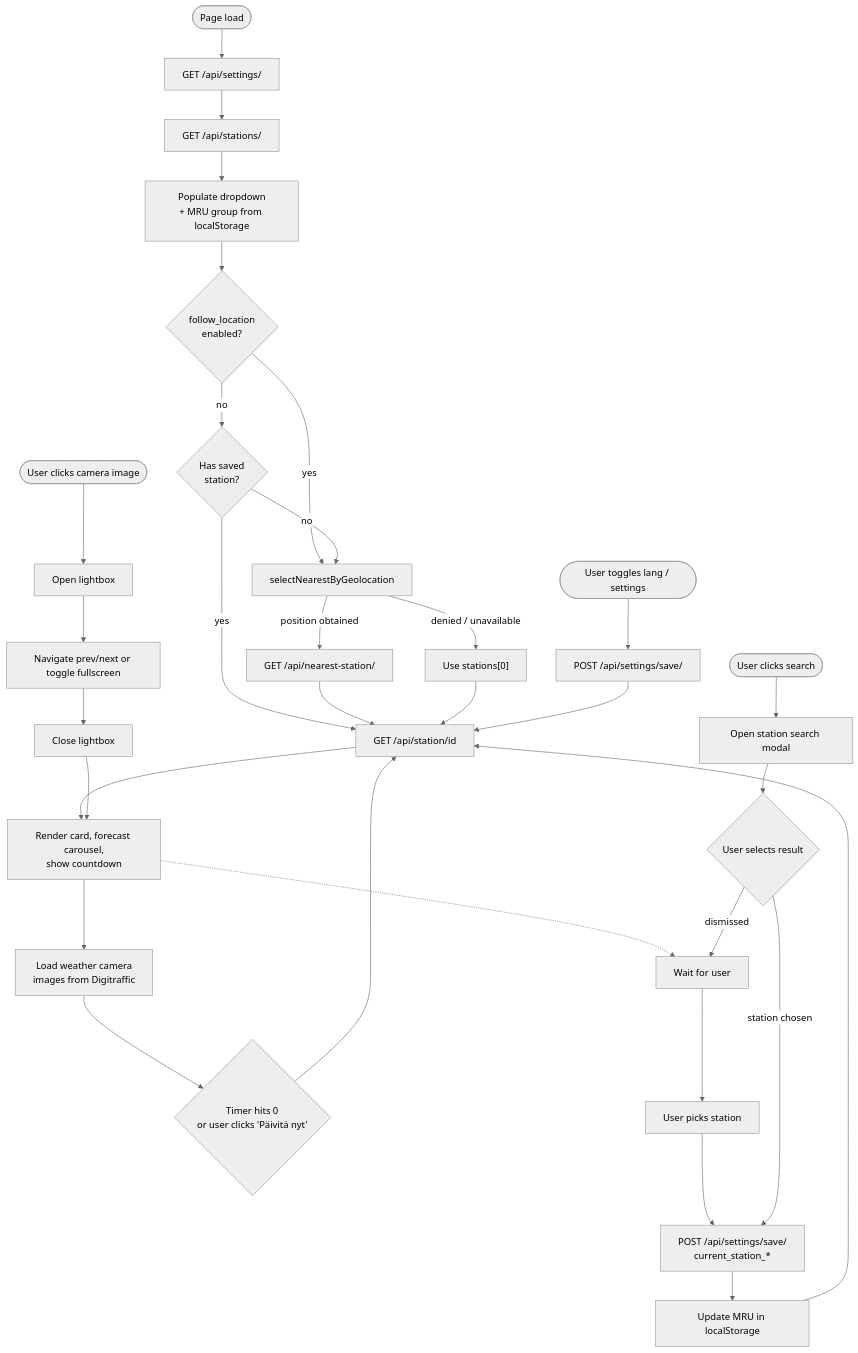
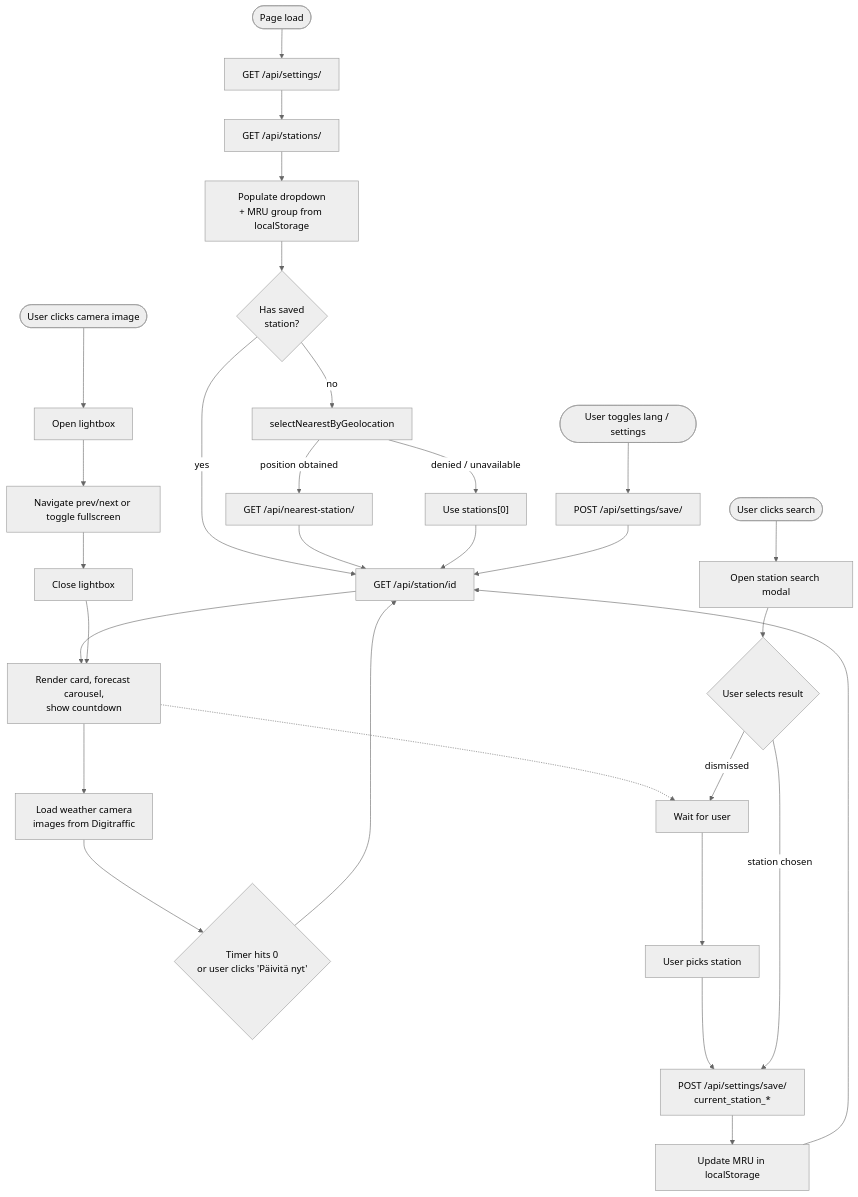
Before and after one commit to jjankkil/weatherview-django: the eighth of 9 diagrams in docs/ARCHITECTURE.md, drawn with Mermaid (neutral theme). The commit also changed other lines of this file and 16 other files, not shown here.

First line of the commit message:
feat: add locate button to select nearest station on demand

````diff
--- a/docs/ARCHITECTURE.md
+++ b/docs/ARCHITECTURE.md
@@ -432,34 +431,32 @@
 ```mermaid
 flowchart TD
     A([Page load]) --> B[GET /api/settings/]
     B --> C[GET /api/stations/]
     C --> D[Populate dropdown<br/>+ MRU group from localStorage]
-    D --> E{follow_location<br/>enabled?}
-    E -->|yes| GEO[selectNearestByGeolocation]
-    E -->|no| E2{Has saved<br/>station?}
+    D --> E2{Has saved<br/>station?}
     E2 -->|yes| F[GET /api/station/id]
-    E2 -->|no| GEO
+    E2 -->|no| GEO[selectNearestByGeolocation]
     GEO -->|position obtained| NS[GET /api/nearest-station/]
     GEO -->|denied / unavailable| F1["Use stations[0]"]
     NS --> F
     F1 --> F
     F --> H[Render card, forecast carousel,<br/>show countdown]
     H --> I[Load weather camera<br/>images from Digitraffic]
     H -.-> G[Wait for user]
     I --> J{Timer hits 0<br/>or user clicks 'Päivitä nyt'}
     J --> F
     G --> K[User picks station]
     K --> L[POST /api/settings/save/<br/>current_station_*]
     L --> M[Update MRU in localStorage]
     M --> F
     N([User toggles lang / settings]) --> O[POST /api/settings/save/]
     O --> F
     P([User clicks search]) --> Q[Open station search modal]
     Q --> R{User selects result}
     R -->|station chosen| L
     R -->|dismissed| G
     S([User clicks camera image]) --> T[Open lightbox]
     T --> U[Navigate prev/next or toggle fullscreen]
     U --> V[Close lightbox]
     V --> H
 ```
````
